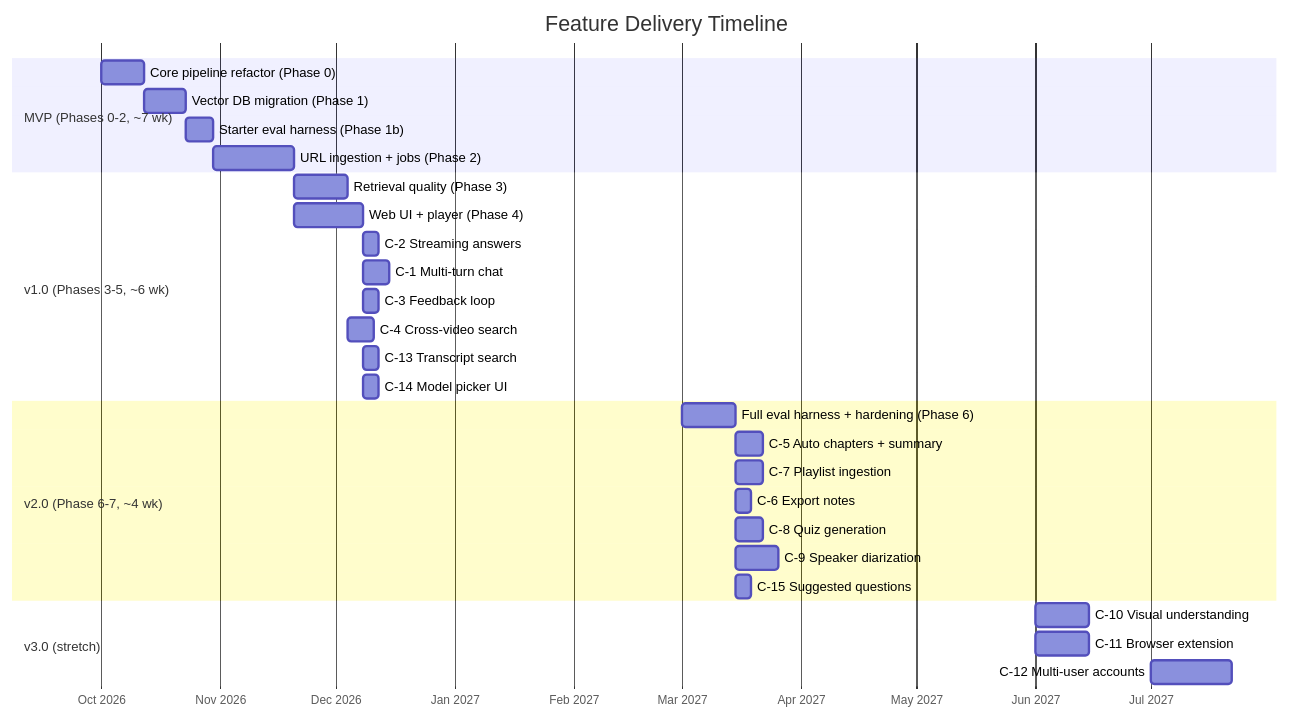
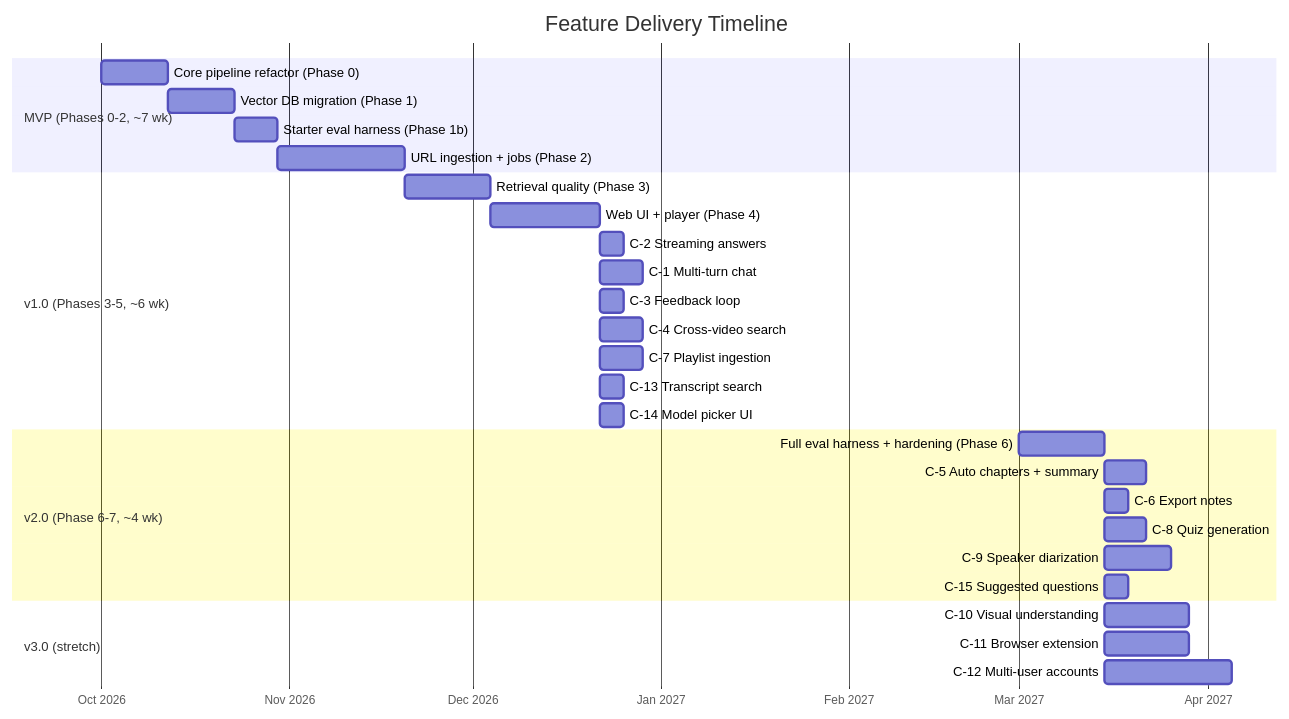
One commit to VedantDesh18/RAG-Based-AI-Teaching-Assistance changed the fifth of 5 diagrams in PRD_AND_IMPLEMENTATION_PLAN.md. Above: the diagram before and after it, drawn with Mermaid. The commit also changed other lines of this file and 77 other files, not shown here.

````diff
--- a/PRD_AND_IMPLEMENTATION_PLAN.md
+++ b/PRD_AND_IMPLEMENTATION_PLAN.md
@@ -1576,36 +1623,36 @@
 ```mermaid
 gantt
     title Feature Delivery Timeline
     dateFormat  YYYY-MM
     axisFormat  %b %Y
 
     section MVP (Phases 0-2, ~7 wk)
     Core pipeline refactor (Phase 0)                :p0, 2026-10, 1.5w
     Vector DB migration (Phase 1)                   :p1, after p0, 1.5w
     Starter eval harness (Phase 1b)                 :p1b, after p1, 1w
     URL ingestion + jobs (Phase 2)                  :p2, after p1b, 3w
 
     section v1.0 (Phases 3-5, ~6 wk)
     Retrieval quality (Phase 3)                     :p3, after p2, 2w
-    Web UI + player (Phase 4)                       :p4, after p2, 2.5w
+    Web UI + player (Phase 4)                       :p4, after p3, 2.5w
     C-2  Streaming answers                          :after p4, 0.5w
     C-1  Multi-turn chat                            :after p4, 1w
     C-3  Feedback loop                              :after p4, 0.5w
-    C-4  Cross-video search                         :after p3, 1w
+    C-4  Cross-video search                         :after p4, 1w
+    C-7  Playlist ingestion                         :after p4, 1w
     C-13 Transcript search                          :after p4, 0.5w
     C-14 Model picker UI                            :after p4, 0.5w
 
     section v2.0 (Phase 6-7, ~4 wk)
     Full eval harness + hardening (Phase 6)         :p6, 2027-03, 2w
     C-5  Auto chapters + summary                    :after p6, 1w
-    C-7  Playlist ingestion                         :after p6, 1w
     C-6  Export notes                               :after p6, 0.5w
     C-8  Quiz generation                            :after p6, 1w
     C-9  Speaker diarization                        :after p6, 1.5w
     C-15 Suggested questions                        :after p6, 0.5w
 
     section v3.0 (stretch)
-    C-10 Visual understanding                       :2027-06, 2w
-    C-11 Browser extension                          :2027-06, 2w
-    C-12 Multi-user accounts                        :2027-07, 3w
+    C-10 Visual understanding                       :after p6, 2w
+    C-11 Browser extension                          :after p6, 2w
+    C-12 Multi-user accounts                        :after p6, 3w
 ```
````
